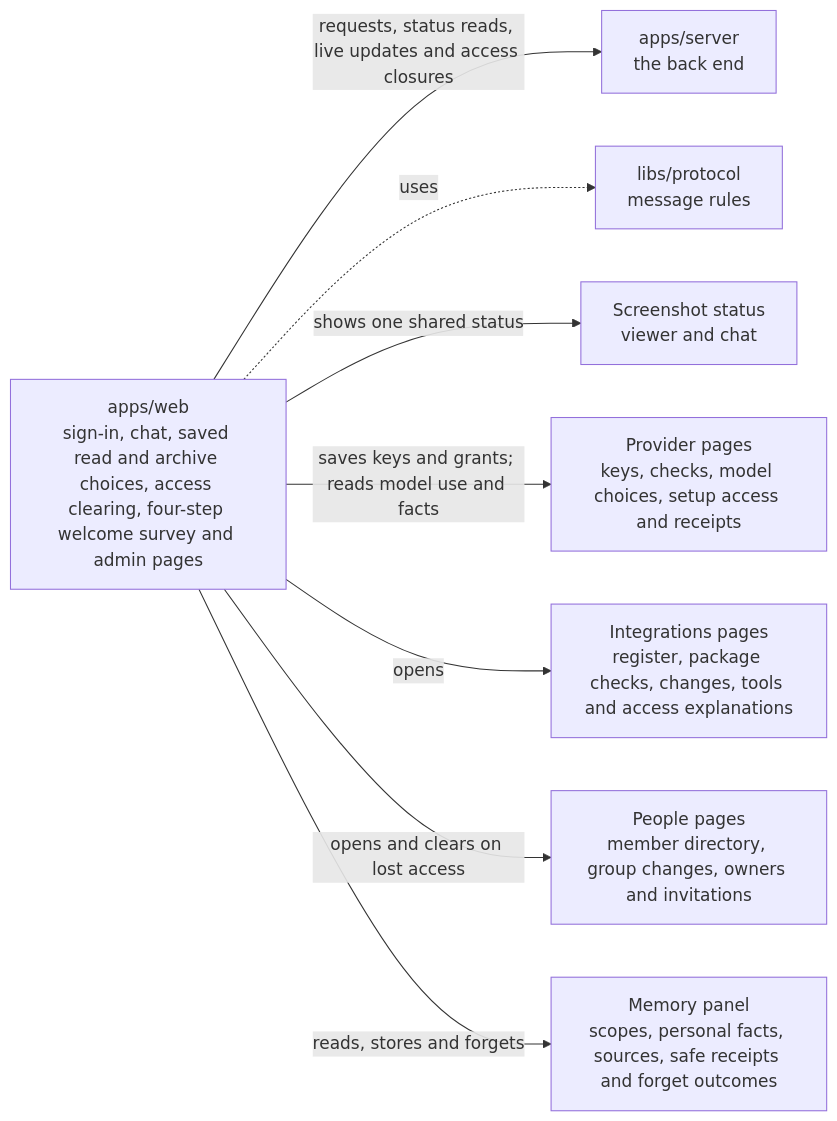
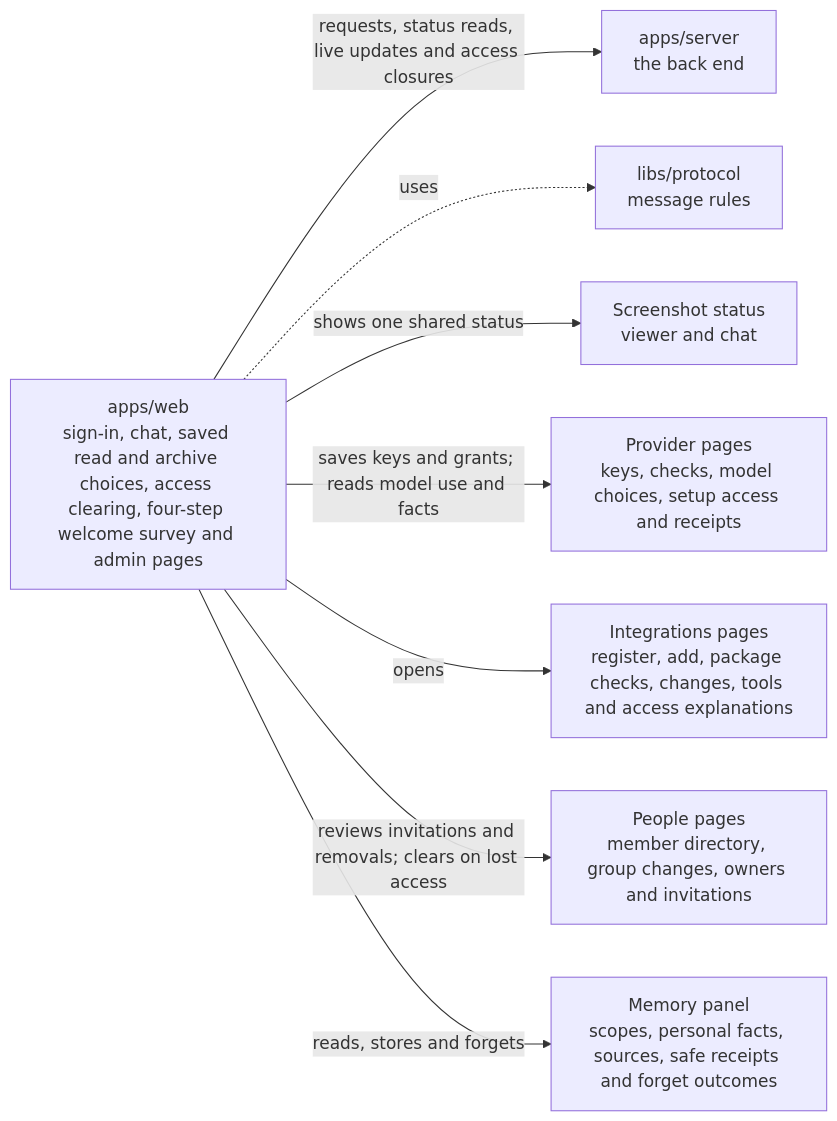
Before and after one commit to elewa-git/opencrane-new: the diagram in apps/web/README.md, drawn with Mermaid. The commit also changed other lines of this file and 21 other files, not shown here.

````diff
--- a/apps/web/README.md
+++ b/apps/web/README.md
@@ -11,10 +11,10 @@
 ```mermaid
 flowchart LR
   web["apps/web<br/>sign-in, chat, saved read and archive choices, access clearing, four-step welcome survey and admin pages"] -->|requests, status reads, live updates and access closures| server["apps/server<br/>the back end"]
   web -.->|uses| protocol["libs/protocol<br/>message rules"]
   web -->|shows one shared status| capture["Screenshot status<br/>viewer and chat"]
   web -->|saves keys and grants; reads model use and facts| providers["Provider pages<br/>keys, checks, model choices, setup access and receipts"]
-  web -->|opens| integrations["Integrations pages<br/>register, package checks, changes, tools and access explanations"]
-  web -->|opens and clears on lost access| people["People pages<br/>member directory, group changes, owners and invitations"]
+  web -->|opens| integrations["Integrations pages<br/>register, add, package checks, changes, tools and access explanations"]
+  web -->|reviews invitations and removals; clears on lost access| people["People pages<br/>member directory, group changes, owners and invitations"]
   web -->|reads, stores and forgets| memory["Memory panel<br/>scopes, personal facts, sources, safe receipts and forget outcomes"]
 ```
````
